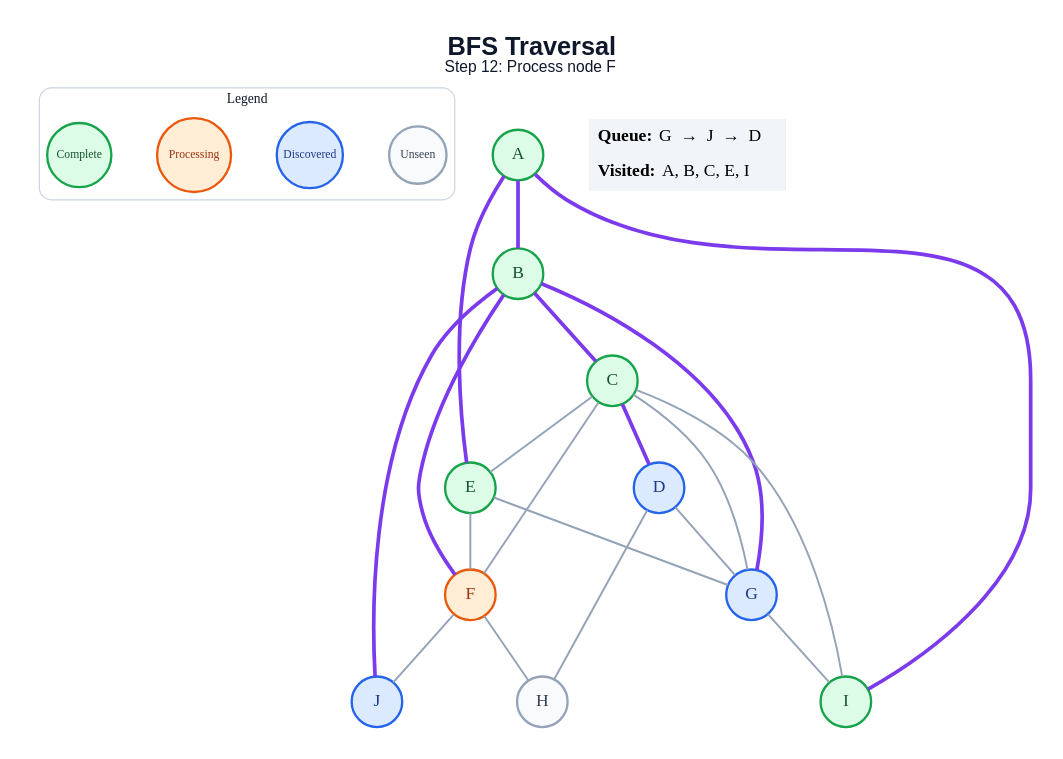
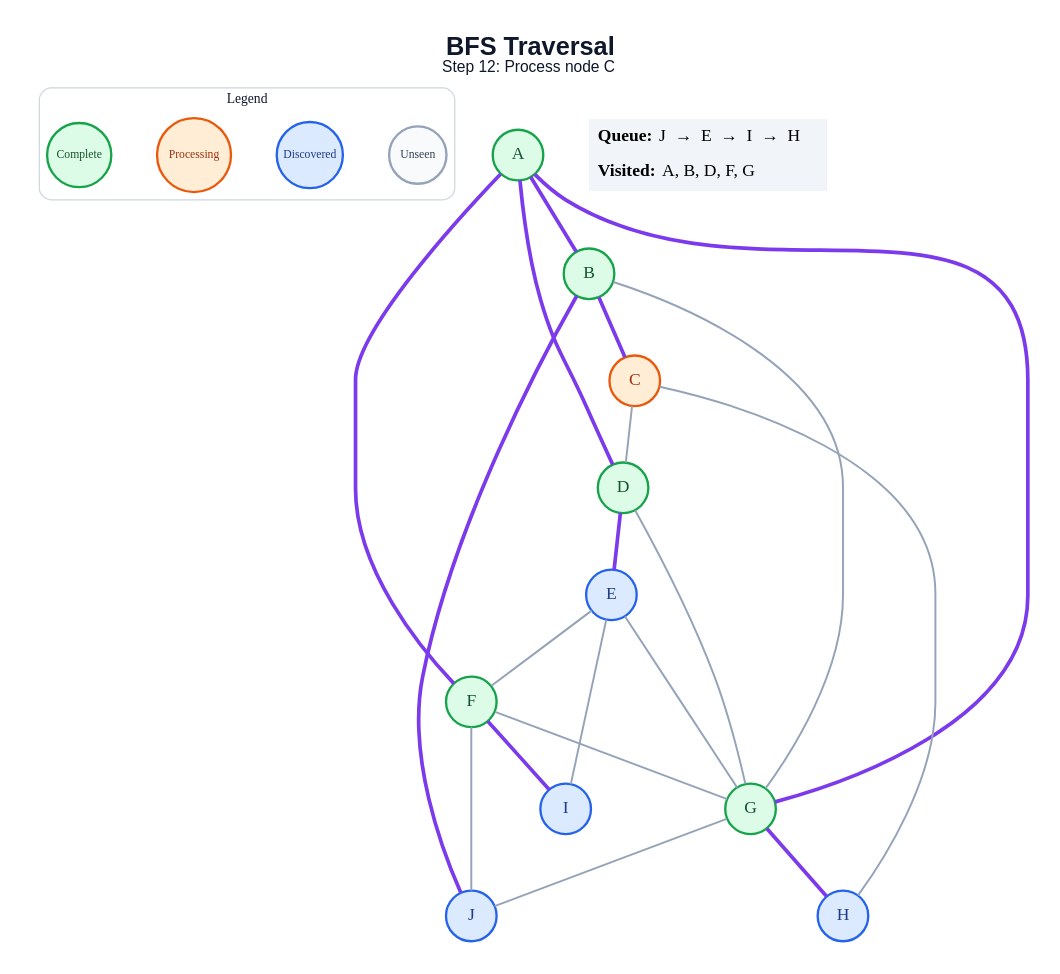
Before and after one commit to amanghodawala9/ai-slop: the diagram in generated/bfs/step_12.dot, drawn with Graphviz. The commit also changed 178 other files, not shown here.

```diff
--- a/generated/bfs/step_12.dot
+++ b/generated/bfs/step_12.dot
@@ -1,48 +1,48 @@
 graph traversal {
   graph [layout=dot, rankdir=TB, bgcolor="#FFFFFF", pad="0.35", nodesep="0.65", ranksep="0.8", fontname="Arial"];
   node [shape=circle, style="filled", fontname="Arial Bold", fontsize=18, width=0.72, fixedsize=true, penwidth=2.4];
   edge [color="#94A3B8", penwidth=2.0];
-  label=<<B>BFS Traversal</B><BR/><FONT POINT-SIZE="16">Step 12: Process node F</FONT>>; labelloc="t"; fontsize=26; fontname="Arial"; fontcolor="#0F172A";
+  label=<<B>BFS Traversal</B><BR/><FONT POINT-SIZE="16">Step 12: Process node C</FONT>>; labelloc="t"; fontsize=26; fontname="Arial"; fontcolor="#0F172A";
   subgraph cluster_legend { label="Legend"; color="#CBD5E1"; penwidth=1.2; style="rounded"; fontsize=14; fontname="Arial Bold";
     key_unseen [label="Unseen", fillcolor="#F8FAFC", color="#94A3B8", fontcolor="#334155", fontsize=12, width=0.82];
     key_frontier [label="Discovered", fillcolor="#DBEAFE", color="#2563EB", fontcolor="#1E3A8A", fontsize=12, width=0.95];
     key_current [label="Processing", fillcolor="#FFEDD5", color="#EA580C", fontcolor="#9A3412", fontsize=12, width=1.05];
     key_done [label="Complete", fillcolor="#DCFCE7", color="#16A34A", fontcolor="#14532D", fontsize=12, width=0.92];
     { rank=same; key_unseen; key_frontier; key_current; key_done; }
   }
   A [fillcolor="#DCFCE7", color="#16A34A", fontcolor="#14532D"];
   B [fillcolor="#DCFCE7", color="#16A34A", fontcolor="#14532D"];
-  C [fillcolor="#DCFCE7", color="#16A34A", fontcolor="#14532D"];
-  D [fillcolor="#DBEAFE", color="#2563EB", fontcolor="#1E3A8A"];
-  E [fillcolor="#DCFCE7", color="#16A34A", fontcolor="#14532D"];
-  F [fillcolor="#FFEDD5", color="#EA580C", fontcolor="#9A3412"];
-  G [fillcolor="#DBEAFE", color="#2563EB", fontcolor="#1E3A8A"];
-  H [fillcolor="#F8FAFC", color="#94A3B8", fontcolor="#334155"];
-  I [fillcolor="#DCFCE7", color="#16A34A", fontcolor="#14532D"];
+  C [fillcolor="#FFEDD5", color="#EA580C", fontcolor="#9A3412"];
+  D [fillcolor="#DCFCE7", color="#16A34A", fontcolor="#14532D"];
+  E [fillcolor="#DBEAFE", color="#2563EB", fontcolor="#1E3A8A"];
+  F [fillcolor="#DCFCE7", color="#16A34A", fontcolor="#14532D"];
+  G [fillcolor="#DCFCE7", color="#16A34A", fontcolor="#14532D"];
+  H [fillcolor="#DBEAFE", color="#2563EB", fontcolor="#1E3A8A"];
+  I [fillcolor="#DBEAFE", color="#2563EB", fontcolor="#1E3A8A"];
   J [fillcolor="#DBEAFE", color="#2563EB", fontcolor="#1E3A8A"];
   A -- B [color="#7C3AED", penwidth=3.8];
-  A -- E [color="#7C3AED", penwidth=3.8];
-  A -- I [color="#7C3AED", penwidth=3.8];
+  A -- D [color="#7C3AED", penwidth=3.8];
+  A -- F [color="#7C3AED", penwidth=3.8];
+  A -- G [color="#7C3AED", penwidth=3.8];
   B -- C [color="#7C3AED", penwidth=3.8];
-  B -- F [color="#7C3AED", penwidth=3.8];
-  B -- G [color="#7C3AED", penwidth=3.8];
+  B -- G;
   B -- J [color="#7C3AED", penwidth=3.8];
-  C -- D [color="#7C3AED", penwidth=3.8];
-  C -- E;
-  C -- F;
-  C -- G;
-  C -- I;
+  C -- D;
+  C -- H;
+  D -- E [color="#7C3AED", penwidth=3.8];
   D -- G;
-  D -- H;
   E -- F;
   E -- G;
-  F -- H;
+  E -- I;
+  F -- G;
+  F -- I [color="#7C3AED", penwidth=3.8];
   F -- J;
-  G -- I;
+  G -- H [color="#7C3AED", penwidth=3.8];
+  G -- J;
   status [shape=plain, fixedsize=false, width=0, height=0, margin=0, label=<
     <TABLE BORDER="0" CELLBORDER="0" CELLPADDING="7" BGCOLOR="#F1F5F9">
-      <TR><TD ALIGN="LEFT"><B>Queue:</B> G  →  J  →  D</TD></TR>
-      <TR><TD ALIGN="LEFT"><B>Visited:</B> A, B, C, E, I</TD></TR>
+      <TR><TD ALIGN="LEFT"><B>Queue:</B> J  →  E  →  I  →  H</TD></TR>
+      <TR><TD ALIGN="LEFT"><B>Visited:</B> A, B, D, F, G</TD></TR>
     </TABLE>
   >];
 }
```
